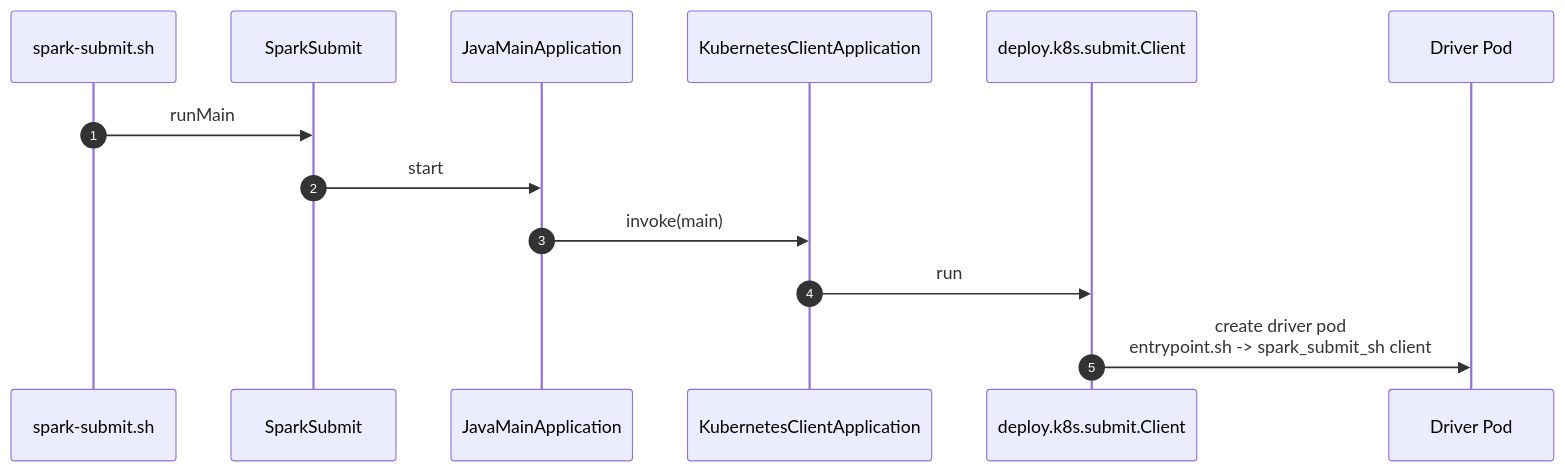
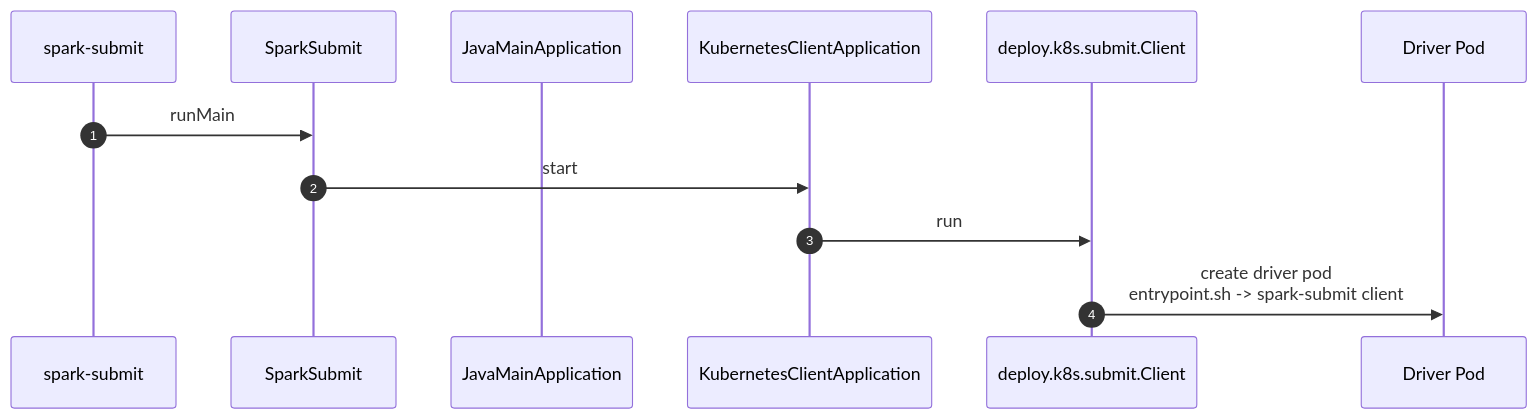
The third of 5 diagrams in spark/spark3.3.1/driver.md (juntaozhang/juntaozhang.github.io), drawn with Mermaid before and after one commit. The commit also changed other lines of this file and 5 other files, not shown here.

````diff
--- a/spark/spark3.3.1/driver.md
+++ b/spark/spark3.3.1/driver.md
@@ -85,16 +92,15 @@
 ```mermaid
 sequenceDiagram
     autonumber
-    participant spark_submit_sh as spark-submit.sh
+    participant spark_submit_sh as spark-submit
     participant SparkSubmit as SparkSubmit
     participant JavaMainApplication as JavaMainApplication
     participant KubernetesClientApplication as KubernetesClientApplication
     participant Client as deploy.k8s.submit.Client
     participant Driver as Driver Pod
 
     spark_submit_sh->>SparkSubmit: runMain
-    SparkSubmit->>JavaMainApplication:start
-    JavaMainApplication->>KubernetesClientApplication:invoke(main)
+    SparkSubmit->>KubernetesClientApplication:start
     KubernetesClientApplication->>Client:run
-    Client->> Driver: create driver pod<br/>entrypoint.sh -> spark_submit_sh client
+    Client->> Driver: create driver pod<br/>entrypoint.sh -> spark-submit client
 ```
````
